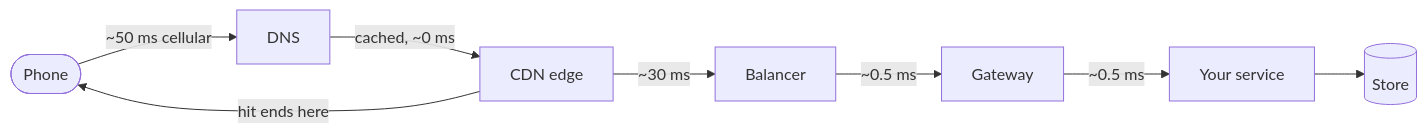
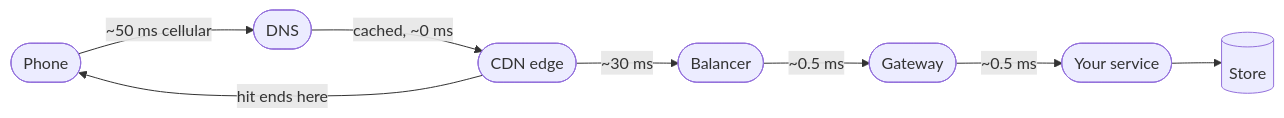
The tenth of 19 diagrams in examples/system-design-foundations.md (Laticent/lattice), drawn with Mermaid before and after one commit. The commit also changed other lines of this file and 1 other file, not shown here.

First line of the commit message:
deck(examples): break the prose templates, and stop the diagrams asserting falsehoods

````diff
--- a/examples/system-design-foundations.md
+++ b/examples/system-design-foundations.md
@@ -1485,10 +1485,10 @@
 ```mermaid
 flowchart LR
-  U(["Phone"]) -->|"~50 ms cellular"| D["DNS"]
-  D -->|"cached, ~0 ms"| E["CDN edge"]
+  U(["Phone"]) -->|"~50 ms cellular"| D(["DNS"])
+  D -->|"cached, ~0 ms"| E(["CDN edge"])
   E -->|"hit ends here"| U
-  E -->|"~30 ms"| LB["Balancer"]
-  LB -->|"~0.5 ms"| GW["Gateway"]
-  GW -->|"~0.5 ms"| SVC["Your service"]
+  E -->|"~30 ms"| LB(["Balancer"])
+  LB -->|"~0.5 ms"| GW(["Gateway"])
+  GW -->|"~0.5 ms"| SVC(["Your service"])
   SVC --> DB[("Store")]
 ```
````
